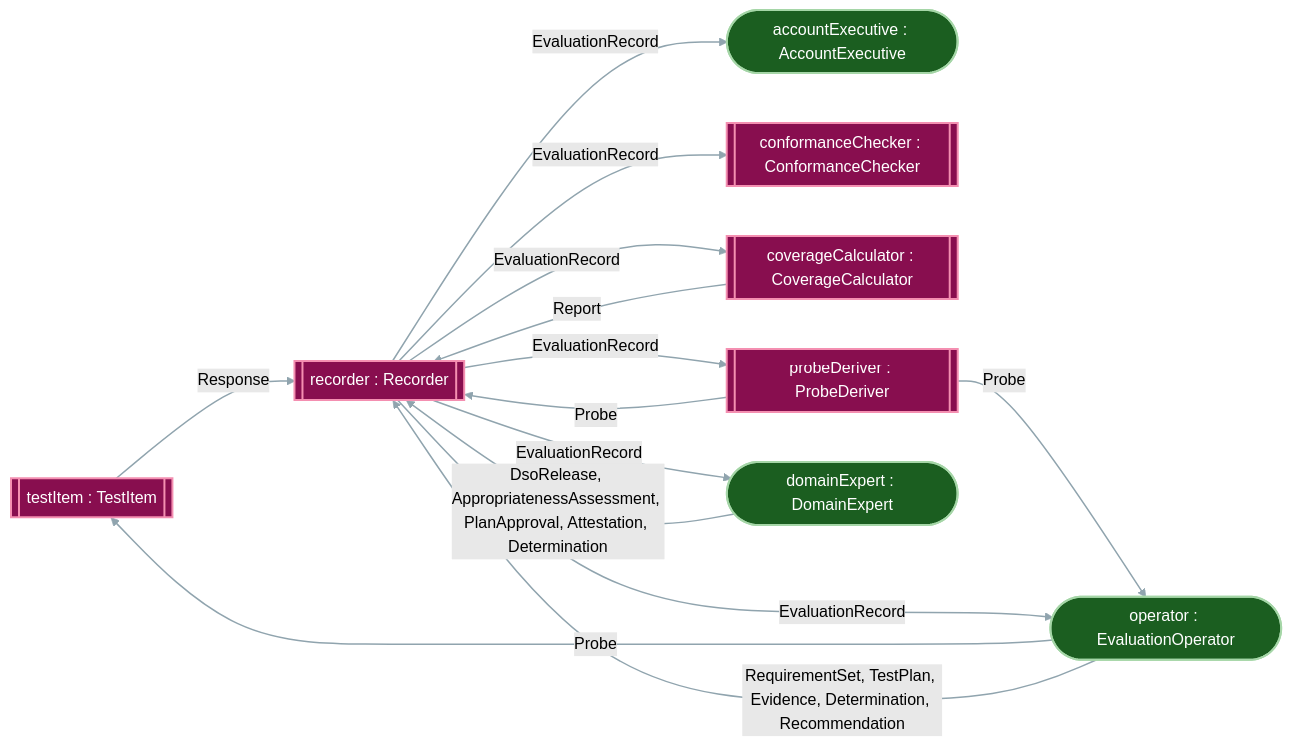
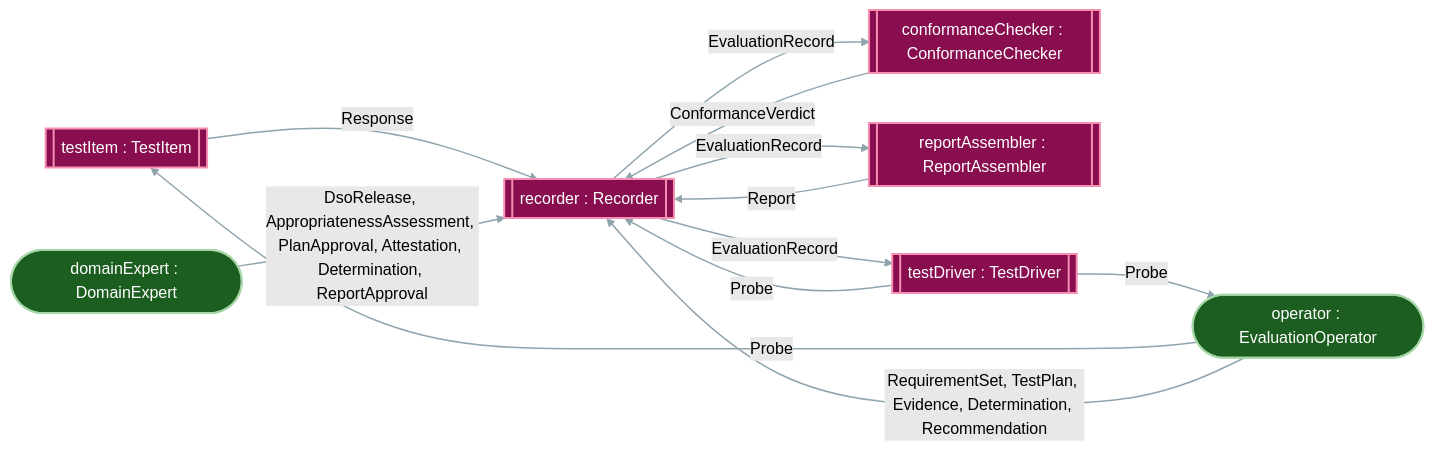
The diagram in generated/wiring-evaluation.md (DynamicalSystemsGroup/og-caie-spec), drawn with Mermaid (forest theme) before and after one commit. The commit also changed 49 other files, not shown here.

````diff
--- a/generated/wiring-evaluation.md
+++ b/generated/wiring-evaluation.md
@@ -1,31 +1,28 @@
 ```{mermaid}
 flowchart LR
   accountable_testItem[["testItem : TestItem"]]
-  testingOrg_accountExecutive(["accountExecutive : AccountExecutive"])
   testingOrg_conformanceChecker[["conformanceChecker : ConformanceChecker"]]
-  testingOrg_coverageCalculator[["coverageCalculator : CoverageCalculator"]]
-  testingOrg_probeDeriver[["probeDeriver : ProbeDeriver"]]
   testingOrg_recorder[["recorder : Recorder"]]
+  testingOrg_reportAssembler[["reportAssembler : ReportAssembler"]]
   testingOrg_team_domainExpert(["domainExpert : DomainExpert"])
   testingOrg_team_operator(["operator : EvaluationOperator"])
+  testingOrg_testDriver[["testDriver : TestDriver"]]
   accountable_testItem -- "Response" --> testingOrg_recorder
-  testingOrg_coverageCalculator -- "Report" --> testingOrg_recorder
-  testingOrg_probeDeriver -- "Probe" --> testingOrg_recorder
-  testingOrg_probeDeriver -- "Probe" --> testingOrg_team_operator
-  testingOrg_recorder -- "EvaluationRecord" --> testingOrg_accountExecutive
+  testingOrg_conformanceChecker -- "ConformanceVerdict" --> testingOrg_recorder
   testingOrg_recorder -- "EvaluationRecord" --> testingOrg_conformanceChecker
-  testingOrg_recorder -- "EvaluationRecord" --> testingOrg_coverageCalculator
-  testingOrg_recorder -- "EvaluationRecord" --> testingOrg_probeDeriver
-  testingOrg_recorder -- "EvaluationRecord" --> testingOrg_team_domainExpert
-  testingOrg_recorder -- "EvaluationRecord" --> testingOrg_team_operator
-  testingOrg_team_domainExpert -- "DsoRelease, AppropriatenessAssessment, PlanApproval, Attestation, Determination" --> testingOrg_recorder
+  testingOrg_recorder -- "EvaluationRecord" --> testingOrg_reportAssembler
+  testingOrg_recorder -- "EvaluationRecord" --> testingOrg_testDriver
+  testingOrg_reportAssembler -- "Report" --> testingOrg_recorder
+  testingOrg_team_domainExpert -- "DsoRelease, AppropriatenessAssessment, PlanApproval, Attestation, Determination, ReportApproval" --> testingOrg_recorder
   testingOrg_team_operator -- "Probe" --> accountable_testItem
   testingOrg_team_operator -- "RequirementSet, TestPlan, Evidence, Determination, Recommendation" --> testingOrg_recorder
+  testingOrg_testDriver -- "Probe" --> testingOrg_recorder
+  testingOrg_testDriver -- "Probe" --> testingOrg_team_operator
   classDef person fill:#1b5e20,stroke:#a5d6a7,stroke-width:2px,color:#ffffff;
   classDef machine fill:#880e4f,stroke:#f48fb1,stroke-width:2px,color:#ffffff;
   classDef party fill:#f9a825,stroke:#e65100,stroke-width:2px,stroke-dasharray: 6 3,color:#000000;
   classDef organization fill:#37474f,stroke:#cfd8dc,stroke-width:2px,color:#ffffff;
   linkStyle default stroke:#90a4ae,stroke-width:1.5px;
-  class testingOrg_accountExecutive,testingOrg_team_domainExpert,testingOrg_team_operator person;
-  class accountable_testItem,testingOrg_conformanceChecker,testingOrg_coverageCalculator,testingOrg_probeDeriver,testingOrg_recorder machine;
+  class testingOrg_team_domainExpert,testingOrg_team_operator person;
+  class accountable_testItem,testingOrg_conformanceChecker,testingOrg_recorder,testingOrg_reportAssembler,testingOrg_testDriver machine;
 ```
````
